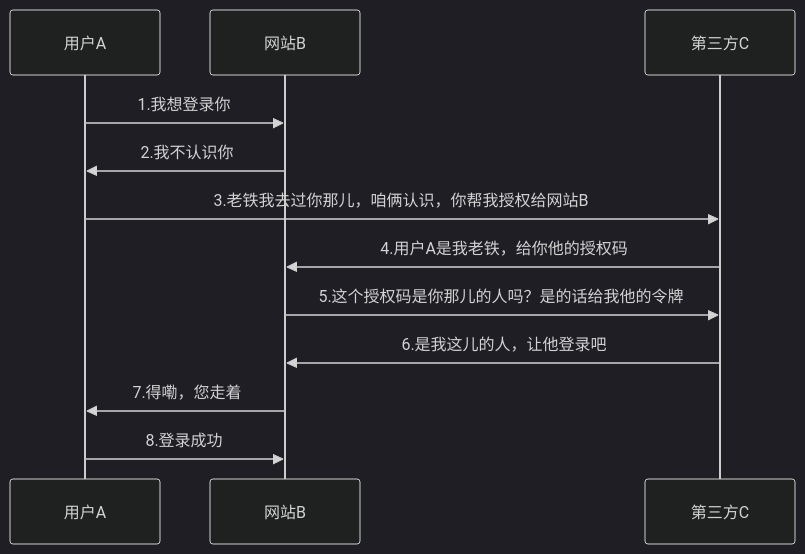
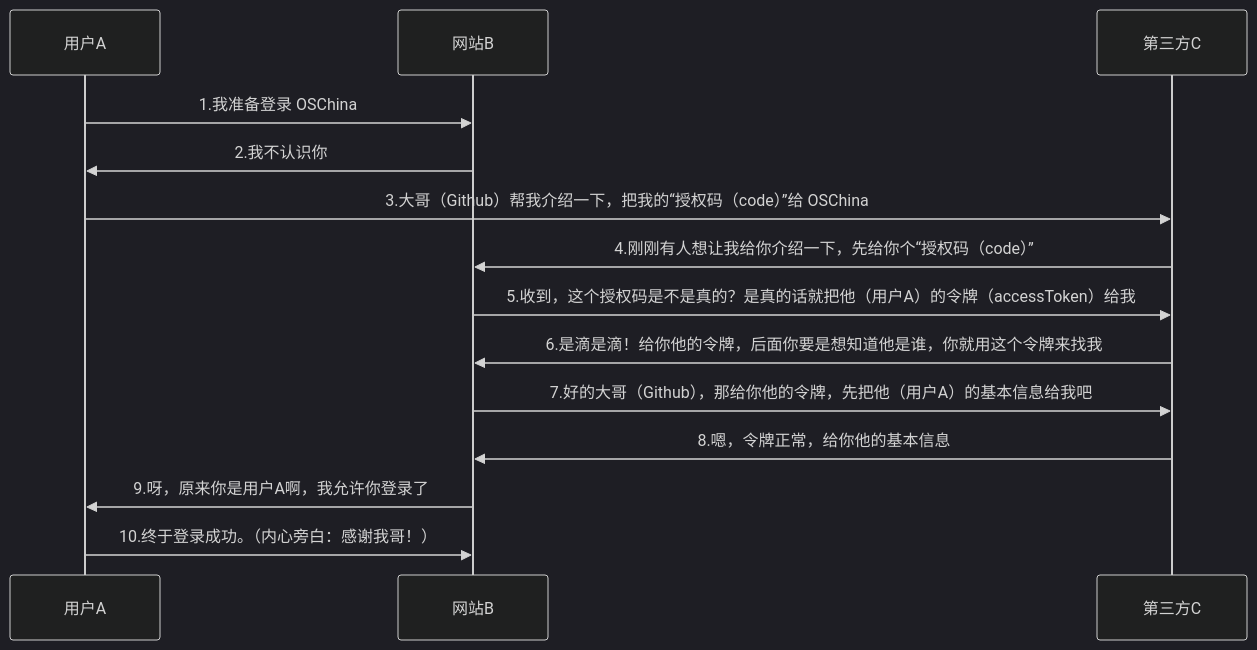
One commit to 379547990/justauth-docs changed the diagram in oauth.md. Above: the diagram before and after it, drawn with Mermaid (dark theme). The commit also changed other lines of this file and 8 other files, not shown here.

```diff
--- a/oauth.md
+++ b/oauth.md
@@ -72,11 +74,13 @@
 <div class="mermaid">
     sequenceDiagram
-      用户A->>网站B: 1.我想登录你
+      用户A->>网站B: 1.我准备登录 OSChina
       网站B->>用户A: 2.我不认识你
-      用户A->>第三方C: 3.老铁我去过你那儿，咱俩认识，你帮我授权给网站B
-      第三方C->>网站B: 4.用户A是我老铁，给你他的授权码
-      网站B->>第三方C: 5.这个授权码是你那儿的人吗？是的话给我他的令牌
-      第三方C->>网站B: 6.是我这儿的人，让他登录吧
-      网站B->>用户A: 7.得嘞，您走着
-      用户A->>网站B: 8.登录成功
+      用户A->>第三方C: 3.大哥（Github）帮我介绍一下，把我的“授权码（code）”给 OSChina
+      第三方C->>网站B: 4.刚刚有人想让我给你介绍一下，先给你个“授权码（code）”
+      网站B->>第三方C: 5.收到，这个授权码是不是真的？是真的话就把他（用户A）的令牌（accessToken）给我
+      第三方C->>网站B: 6.是滴是滴！给你他的令牌，后面你要是想知道他是谁，你就用这个令牌来找我
+      网站B->>第三方C: 7.好的大哥（Github），那给你他的令牌，先把他（用户A）的基本信息给我吧
+      第三方C->>网站B: 8.嗯，令牌正常，给你他的基本信息
+      网站B->>用户A: 9.呀，原来你是用户A啊，我允许你登录了
+      用户A->>网站B: 10.终于登录成功。（内心旁白：感谢我哥！）
 </div>
```
